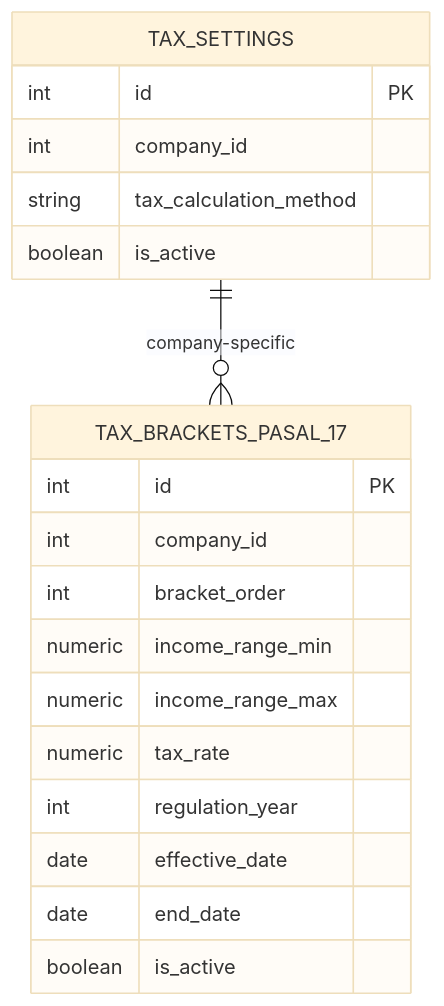
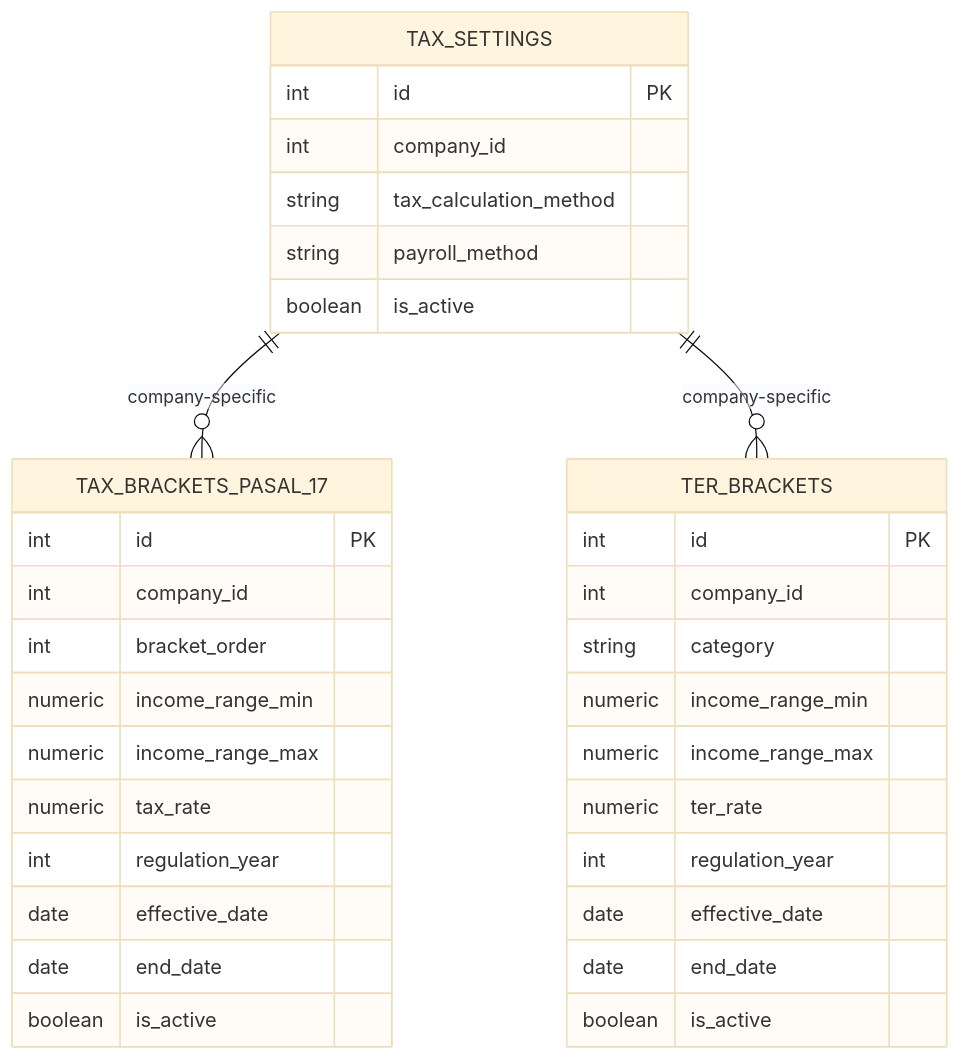
Before and after one commit to bikinaplikasipakeqoder-dot/payroll-hris: the fifth of 7 diagrams in .qoder/repowiki/en/content/Tax Compliance.md, drawn with Mermaid (base theme). The commit also changed other lines of this file and 22 other files, not shown here.

````diff
--- a/.qoder/repowiki/en/content/Tax Compliance.md
+++ b/.qoder/repowiki/en/content/Tax Compliance.md
@@ -211,22 +274,36 @@
 ```mermaid
 erDiagram
 TAX_SETTINGS {
 int id PK
 int company_id
 string tax_calculation_method
+string payroll_method
 boolean is_active
 }
 TAX_BRACKETS_PASAL_17 {
 int id PK
 int company_id
 int bracket_order
 numeric income_range_min
 numeric income_range_max
 numeric tax_rate
 int regulation_year
 date effective_date
 date end_date
 boolean is_active
 }
+TER_BRACKETS {
+int id PK
+int company_id
+string category
+numeric income_range_min
+numeric income_range_max
+numeric ter_rate
+int regulation_year
+date effective_date
+date end_date
+boolean is_active
+}
 TAX_SETTINGS ||--o{ TAX_BRACKETS_PASAL_17 : "company-specific"
+TAX_SETTINGS ||--o{ TER_BRACKETS : "company-specific"
 ```
````
